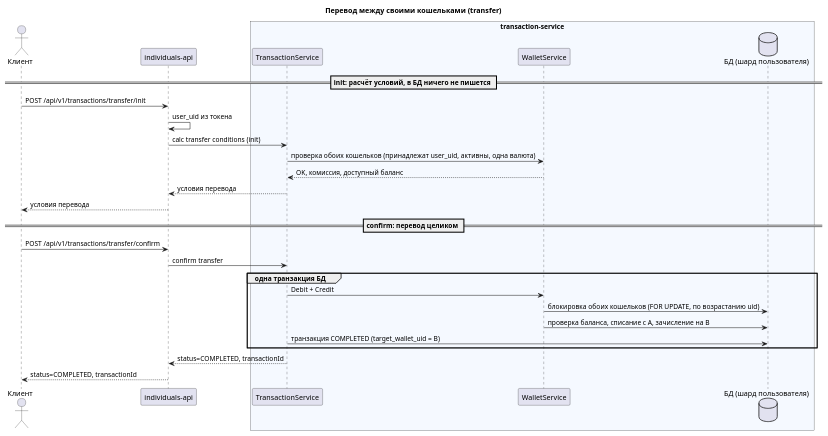
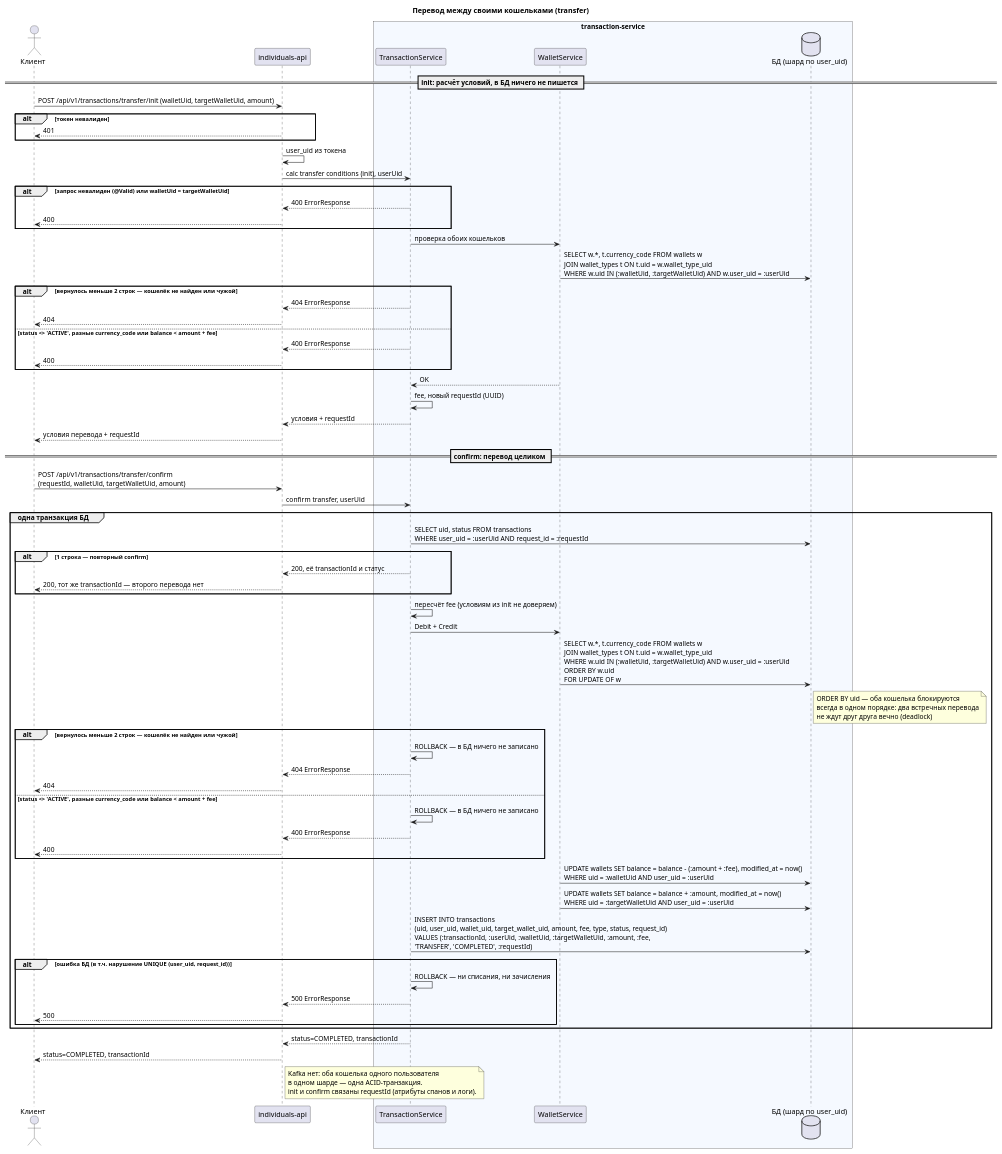
The diagram in transaction-service/diagrams-c4/uml/ru/sequence-transfer.puml (dezxxx/payment-platform), drawn with PlantUML before and after one commit. The commit also changed 40 other files, not shown here.

Commit message:
docs: add failure branches and missing sequences to transaction-service diagrams

```diff
--- a/transaction-service/diagrams-c4/uml/ru/sequence-transfer.puml
+++ b/transaction-service/diagrams-c4/uml/ru/sequence-transfer.puml
@@ -1,32 +1,79 @@
 @startuml sequence-transfer
 title Перевод между своими кошельками (transfer)
 
 actor "Клиент" as Client
 participant "individuals-api" as IA
 box "transaction-service" #F5F9FF
     participant "TransactionService" as TS
     participant "WalletService" as WS
-    database "БД (шард пользователя)" as DB
+    database "БД (шард по user_uid)" as DB
 end box
 
 == init: расчёт условий, в БД ничего не пишется ==
-Client -> IA: POST /api/v1/transactions/transfer/init
+Client -> IA: POST /api/v1/transactions/transfer/init (walletUid, targetWalletUid, amount)
+alt токен невалиден
+    IA --> Client: 401
+end
 IA -> IA: user_uid из токена
-IA -> TS: calc transfer conditions (init)
-TS -> WS: проверка обоих кошельков (принадлежат user_uid, активны, одна валюта)
-WS --> TS: OK, комиссия, доступный баланс
-TS --> IA: условия перевода
-IA --> Client: условия перевода
+IA -> TS: calc transfer conditions (init), userUid
+alt запрос невалиден (@Valid) или walletUid = targetWalletUid
+    TS --> IA: 400 ErrorResponse
+    IA --> Client: 400
+end
+TS -> WS: проверка обоих кошельков
+WS -> DB: SELECT w.*, t.currency_code FROM wallets w\nJOIN wallet_types t ON t.uid = w.wallet_type_uid\nWHERE w.uid IN (:walletUid, :targetWalletUid) AND w.user_uid = :userUid
+alt вернулось меньше 2 строк — кошелёк не найден или чужой
+    TS --> IA: 404 ErrorResponse
+    IA --> Client: 404
+else status <> 'ACTIVE', разные currency_code или balance < amount + fee
+    TS --> IA: 400 ErrorResponse
+    IA --> Client: 400
+end
+WS --> TS: OK
+TS -> TS: fee, новый requestId (UUID)
+TS --> IA: условия + requestId
+IA --> Client: условия перевода + requestId
 
 == confirm: перевод целиком ==
-Client -> IA: POST /api/v1/transactions/transfer/confirm
-IA -> TS: confirm transfer
+Client -> IA: POST /api/v1/transactions/transfer/confirm\n(requestId, walletUid, targetWalletUid, amount)
+IA -> TS: confirm transfer, userUid
 group одна транзакция БД
+    TS -> DB: SELECT uid, status FROM transactions\nWHERE user_uid = :userUid AND request_id = :requestId
+    alt 1 строка — повторный confirm
+        TS --> IA: 200, её transactionId и статус
+        IA --> Client: 200, тот же transactionId — второго перевода нет
+    end
+    TS -> TS: пересчёт fee (условиям из init не доверяем)
     TS -> WS: Debit + Credit
-    WS -> DB: блокировка обоих кошельков (FOR UPDATE, по возрастанию uid)
-    WS -> DB: проверка баланса, списание с A, зачисление на B
-    TS -> DB: транзакция COMPLETED (target_wallet_uid = B)
+    WS -> DB: SELECT w.*, t.currency_code FROM wallets w\nJOIN wallet_types t ON t.uid = w.wallet_type_uid\nWHERE w.uid IN (:walletUid, :targetWalletUid) AND w.user_uid = :userUid\nORDER BY w.uid\nFOR UPDATE OF w
+    note right of DB
+      ORDER BY uid — оба кошелька блокируются
+      всегда в одном порядке: два встречных перевода
+      не ждут друг друга вечно (deadlock)
+    end note
+    alt вернулось меньше 2 строк — кошелёк не найден или чужой
+        TS -> TS: ROLLBACK — в БД ничего не записано
+        TS --> IA: 404 ErrorResponse
+        IA --> Client: 404
+    else status <> 'ACTIVE', разные currency_code или balance < amount + fee
+        TS -> TS: ROLLBACK — в БД ничего не записано
+        TS --> IA: 400 ErrorResponse
+        IA --> Client: 400
+    end
+    WS -> DB: UPDATE wallets SET balance = balance - (:amount + :fee), modified_at = now()\nWHERE uid = :walletUid AND user_uid = :userUid
+    WS -> DB: UPDATE wallets SET balance = balance + :amount, modified_at = now()\nWHERE uid = :targetWalletUid AND user_uid = :userUid
+    TS -> DB: INSERT INTO transactions\n(uid, user_uid, wallet_uid, target_wallet_uid, amount, fee, type, status, request_id)\nVALUES (:transactionId, :userUid, :walletUid, :targetWalletUid, :amount, :fee,\n'TRANSFER', 'COMPLETED', :requestId)
+    alt ошибка БД (в т.ч. нарушение UNIQUE (user_uid, request_id))
+        TS -> TS: ROLLBACK — ни списания, ни зачисления
+        TS --> IA: 500 ErrorResponse
+        IA --> Client: 500
+    end
 end
 TS --> IA: status=COMPLETED, transactionId
 IA --> Client: status=COMPLETED, transactionId
+note right of IA
+  Kafka нет: оба кошелька одного пользователя
+  в одном шарде — одна ACID-транзакция.
+  init и confirm связаны requestId (атрибуты спанов и логи).
+end note
 @enduml
```
